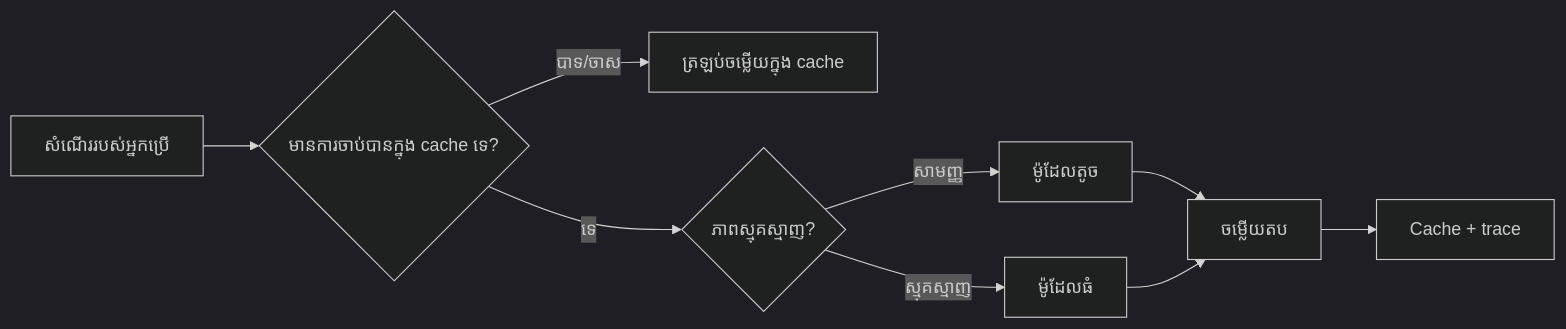
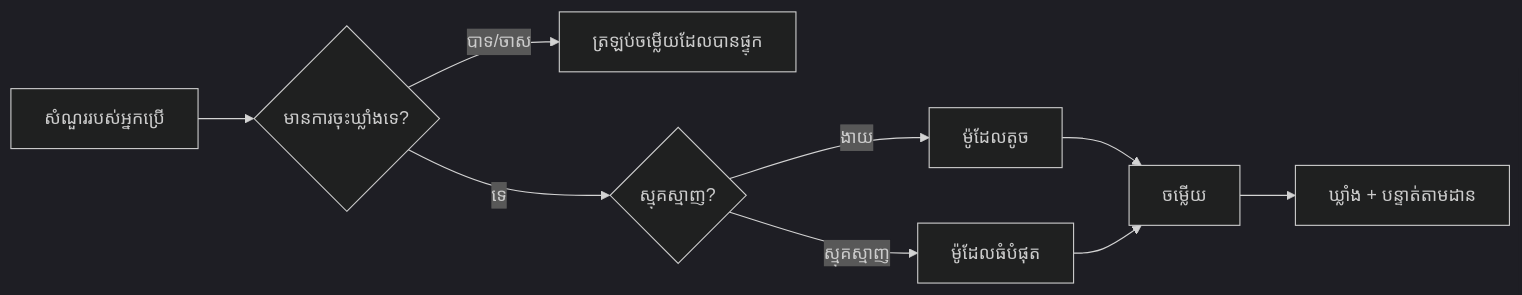
The third of 4 diagrams in mirrors/repos/microsoft@ai-agents-for-beginners/translations/km/16-deploying-scalable-agents/README.md (gabrielmoreira/agent-skills-mirror), drawn with Mermaid (dark theme) before and after one commit. The commit also changed other lines of this file and 4262 other files, not shown here.

````diff
--- a/mirrors/repos/microsoft@ai-agents-for-beginners/translations/km/16-deploying-scalable-agents/README.md
+++ b/mirrors/repos/microsoft@ai-agents-for-beginners/translations/km/16-deploying-scalable-agents/README.md
@@ -134,11 +134,11 @@
 ```mermaid
 flowchart LR
-    Q[សំណើររបស់អ្នកប្រើ] --> C{មានការចាប់បានក្នុង cache ទេ?}
-    C -->|បាទ/ចាស| R[ត្រឡប់ចម្លើយក្នុង cache]
-    C -->|ទេ| Router{ភាពស្មុគស្មាញ?}
-    Router -->|សាមញ្ញ| SLM[ម៉ូដែលតូច]
-    Router -->|ស្មុគស្មាញ| LLM[ម៉ូដែលធំ]
-    SLM --> Out[ចម្លើយតប]
+    Q[សំណួររបស់អ្នកប្រើ] --> C{មានការចុះឃ្លាំងទេ?}
+    C -->|បាទ/ចាស| R[ត្រឡប់ចម្លើយដែលបានផ្ទុក]
+    C -->|ទេ| Router{ស្មុគស្មាញ?}
+    Router -->|ងាយ| SLM[ម៉ូដែលតូច]
+    Router -->|ស្មុគស្មាញ| LLM[ម៉ូដែលធំបំផុត]
+    SLM --> Out[ចម្លើយ]
     LLM --> Out
-    Out --> Store[Cache + trace]
+    Out --> Store[ឃ្លាំង + បន្ទាត់តាមដាន]
 ```
````
